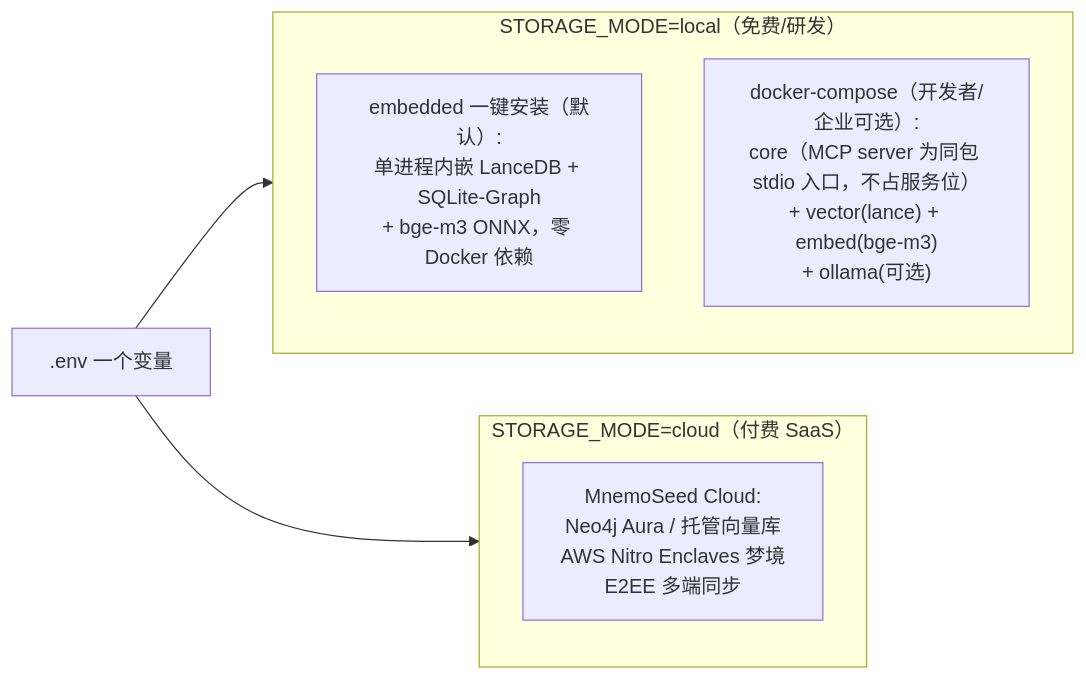
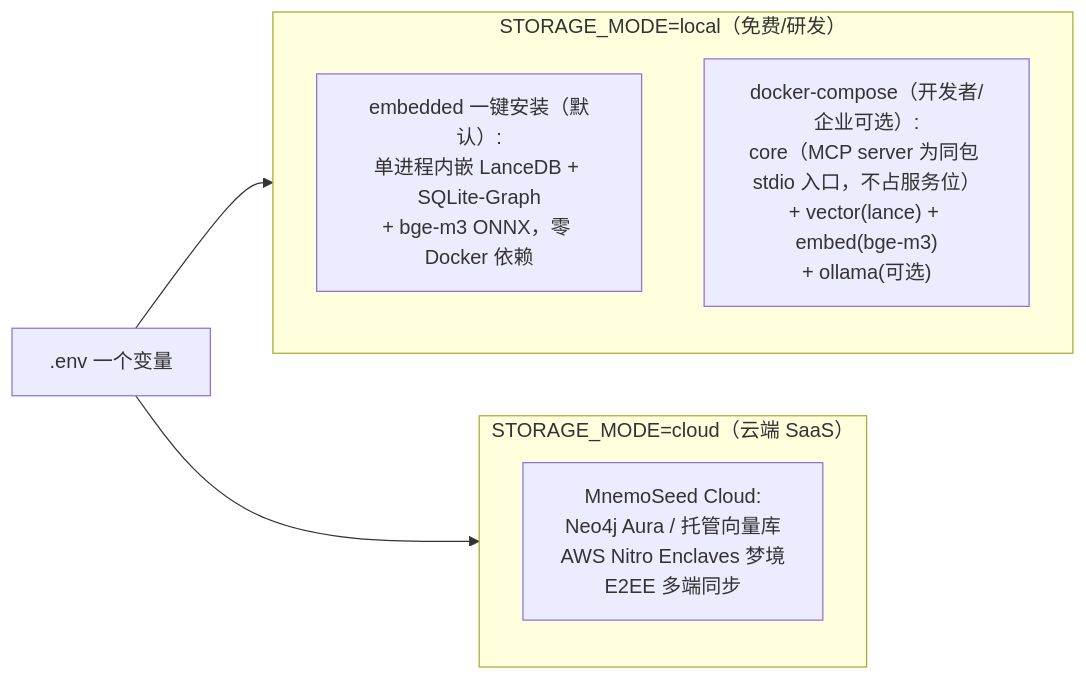
The second of 2 diagrams in docs/zh/design/00-总览与设计哲学.md (MnemoSeed/mnemoseed), drawn with Mermaid before and after one commit. The commit also changed 7 other files, not shown here.

````diff
--- a/docs/zh/design/00-总览与设计哲学.md
+++ b/docs/zh/design/00-总览与设计哲学.md
@@ -115,12 +115,12 @@
 ```mermaid
 flowchart LR
     subgraph Local["STORAGE_MODE=local（免费/研发）"]
         L0["embedded 一键安装（默认）:<br/>单进程内嵌 LanceDB + SQLite-Graph<br/>+ bge-m3 ONNX，零 Docker 依赖"]
         L1["docker-compose（开发者/企业可选）:<br/>core（MCP server 为同包 stdio 入口，不占服务位）<br/>+ vector(lance) + embed(bge-m3)<br/>+ ollama(可选)"]
     end
-    subgraph Cloud["STORAGE_MODE=cloud（付费 SaaS）"]
+    subgraph Cloud["STORAGE_MODE=cloud（云端 SaaS）"]
         C1["MnemoSeed Cloud:<br/>Neo4j Aura / 托管向量库<br/>AWS Nitro Enclaves 梦境<br/>E2EE 多端同步"]
     end
     Env[".env 一个变量"] --> Local
     Env --> Cloud
 ```
````
